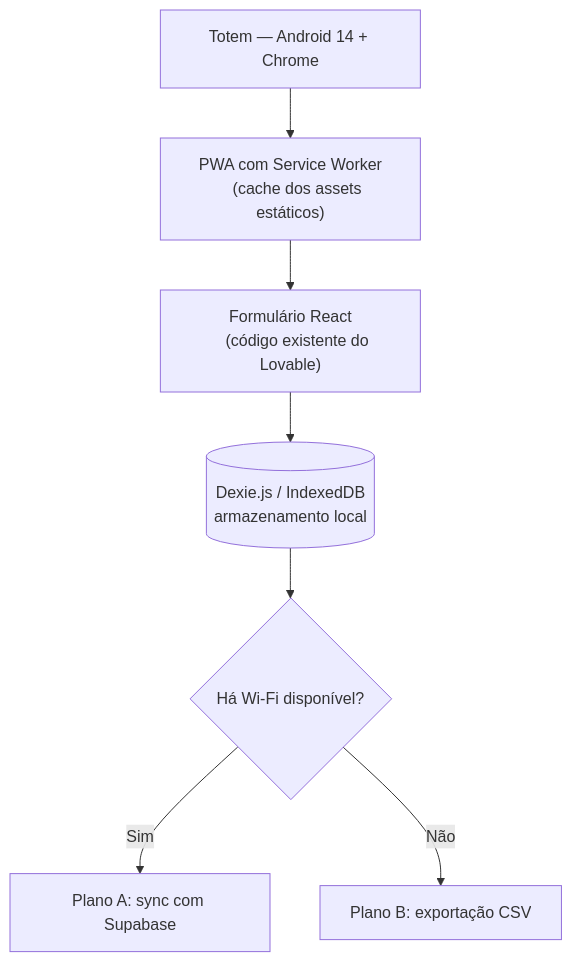
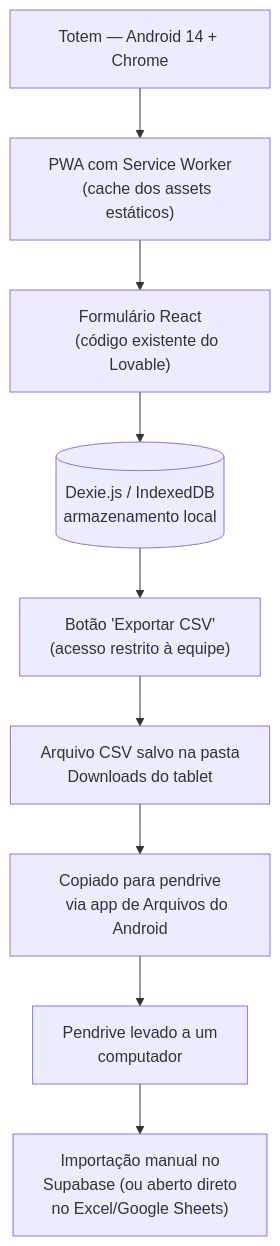
Before and after one commit to LauraRodrigues31/Coaktion_leads: the diagram in Docs/docs/02-arquitetura-tecnica/index.md, drawn with Mermaid. The commit also changed other lines of this file and 5 other files, not shown here.

First line of the commit message:
Switch proposal to 100% offline operation (CSV export only, no auto-sync)

````diff
--- a/Docs/docs/02-arquitetura-tecnica/index.md
+++ b/Docs/docs/02-arquitetura-tecnica/index.md
@@ -82,12 +76,20 @@
 ```mermaid
 flowchart TD
     A["Totem — Android 14 + Chrome"] --> B["PWA com Service Worker
     (cache dos assets estáticos)"]
     B --> C["Formulário React
     (código existente do Lovable)"]
     C --> D[("Dexie.js / IndexedDB
     armazenamento local")]
-    D --> E{"Há Wi-Fi disponível?"}
-    E -->|Sim| F["Plano A: sync com Supabase"]
-    E -->|Não| G["Plano B: exportação CSV"]
+    D --> E["Botão 'Exportar CSV'
+    (acesso restrito à equipe)"]
+    E --> F["Arquivo CSV salvo na pasta
+    Downloads do tablet"]
+    F --> G["Copiado para pendrive
+    via app de Arquivos do Android"]
+    G --> H["Pendrive levado a um
+    computador"]
+    H --> I["Importação manual no
+    Supabase (ou aberto direto
+    no Excel/Google Sheets)"]
 ```
````
